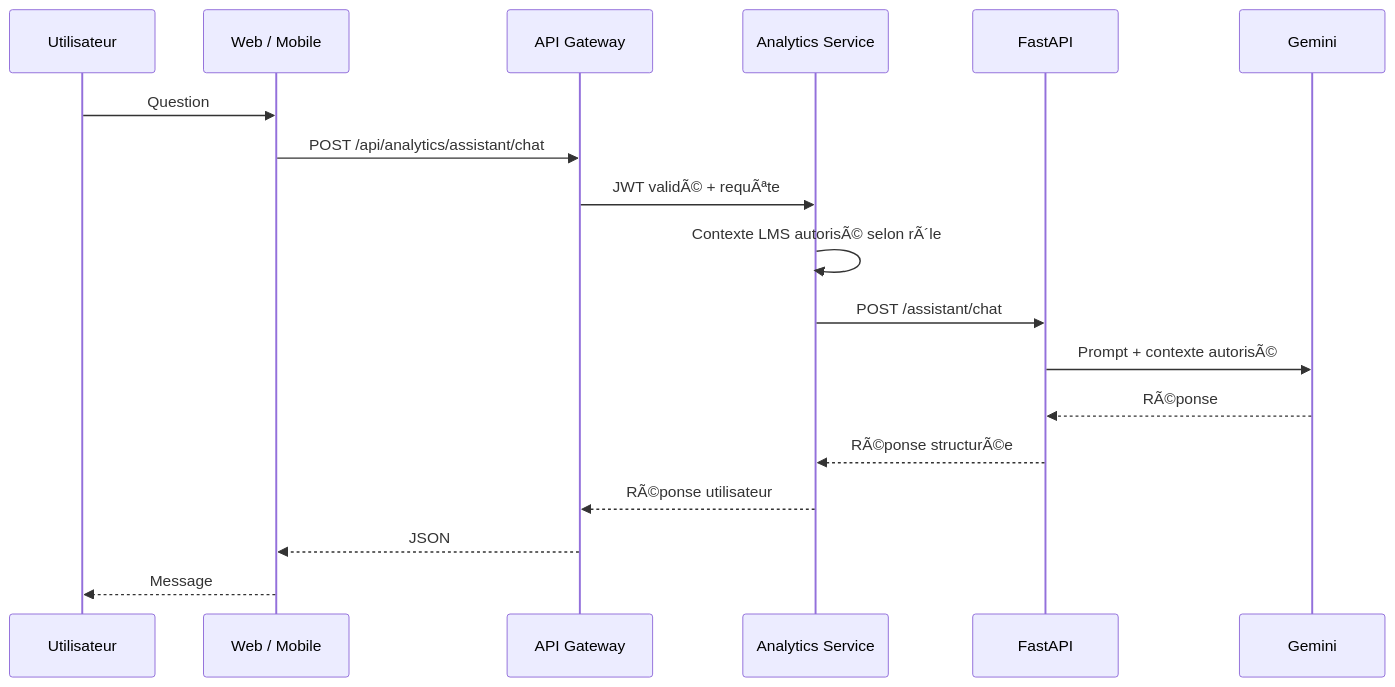
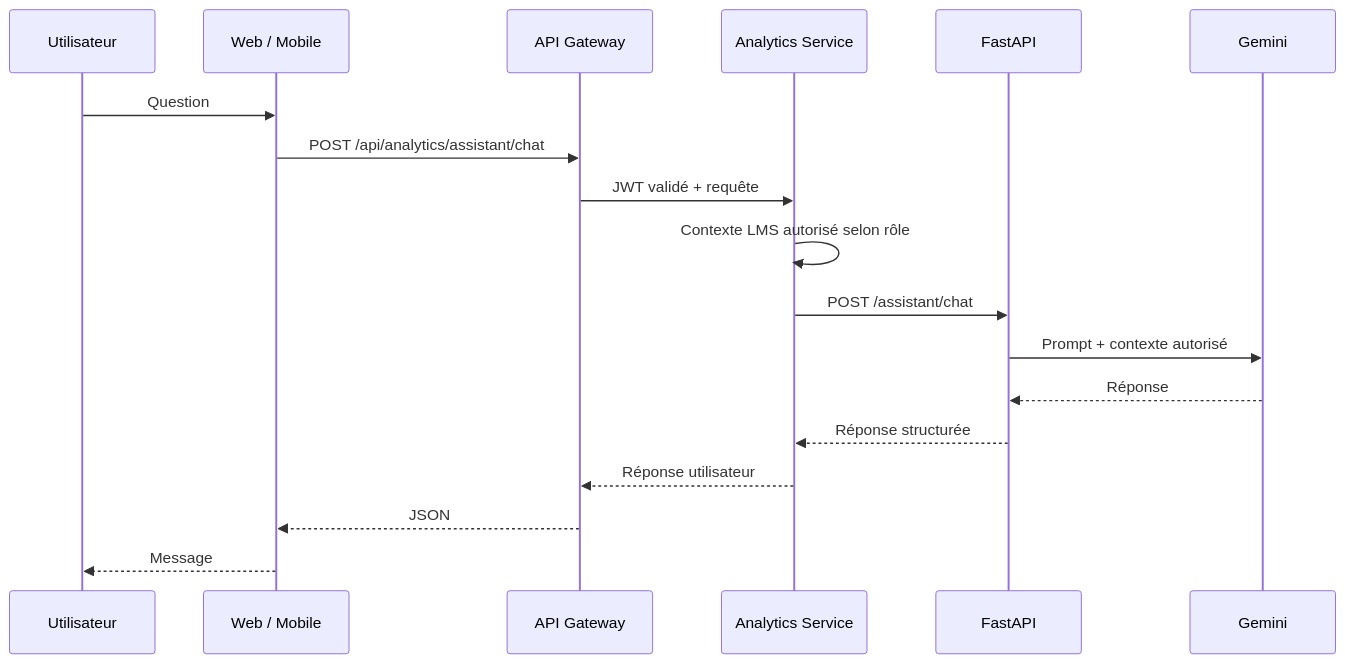
Before and after one commit to Ayman09K/SmartTrainingLMS: the diagram in docs/ARCHITECTURE.md, drawn with Mermaid. The commit also changed other lines of this file and 10 other files, not shown here.

````diff
--- a/docs/ARCHITECTURE.md
+++ b/docs/ARCHITECTURE.md
@@ -100,21 +100,21 @@
 ```mermaid
 sequenceDiagram
     participant U as Utilisateur
     participant C as Web / Mobile
     participant G as API Gateway
     participant A as Analytics Service
     participant F as FastAPI
     participant M as Gemini
 
     U->>C: Question
     C->>G: POST /api/analytics/assistant/chat
-    G->>A: JWT validÃ© + requÃªte
-    A->>A: Contexte LMS autorisÃ© selon rÃ´le
+    G->>A: JWT validé + requête
+    A->>A: Contexte LMS autorisé selon rôle
     A->>F: POST /assistant/chat
-    F->>M: Prompt + contexte autorisÃ©
-    M-->>F: RÃ©ponse
-    F-->>A: RÃ©ponse structurÃ©e
-    A-->>G: RÃ©ponse utilisateur
+    F->>M: Prompt + contexte autorisé
+    M-->>F: Réponse
+    F-->>A: Réponse structurée
+    A-->>G: Réponse utilisateur
     G-->>C: JSON
     C-->>U: Message
 ```
````
